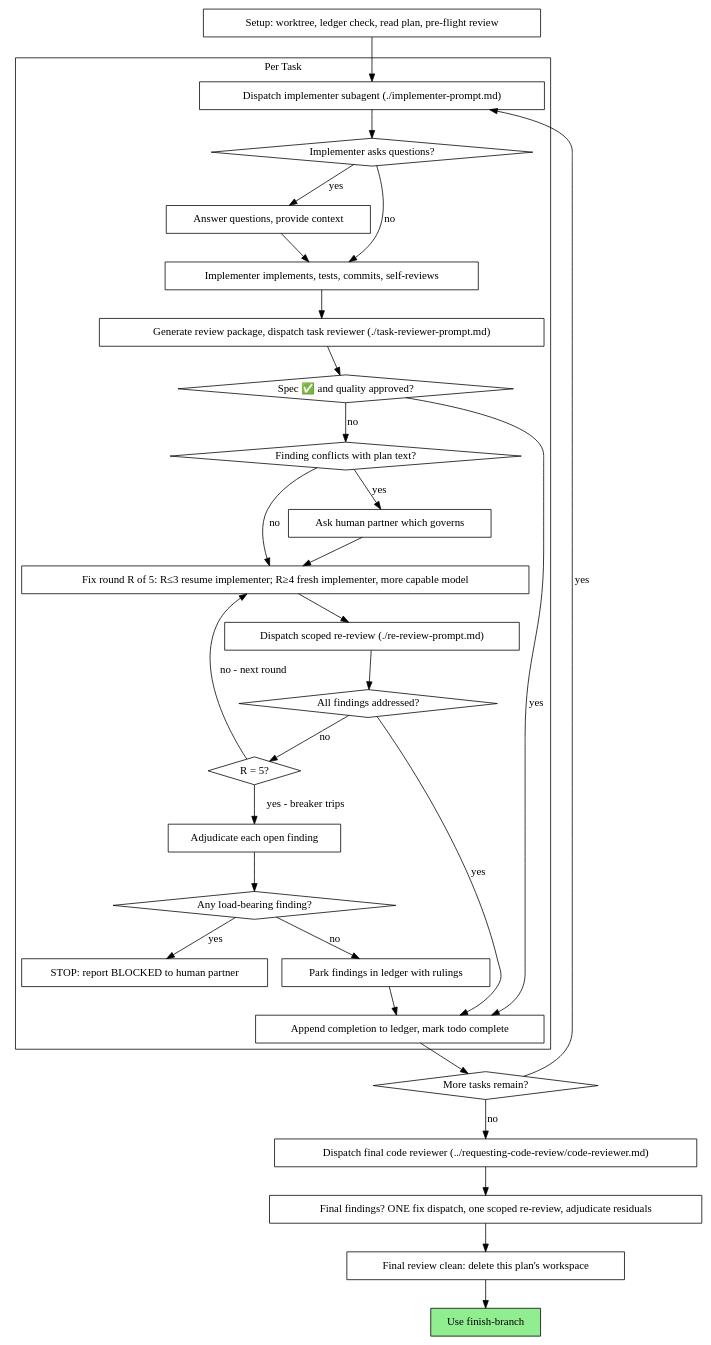
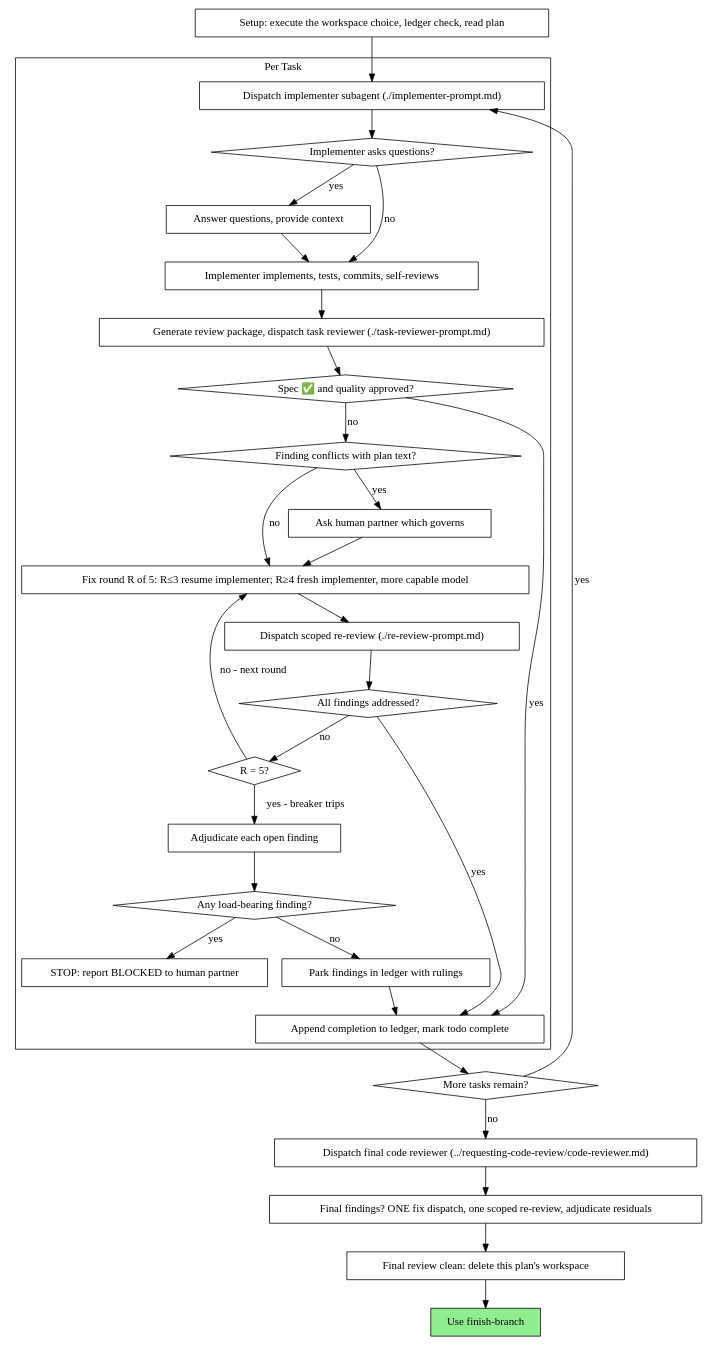
Before and after one commit to scheron/dotfiles: the diagram in claude/dev-skills/skills/to-implement/SKILL.md, drawn with Graphviz. The commit also changed other lines of this file and 9 other files, not shown here.

````diff
--- a/claude/dev-skills/skills/to-implement/SKILL.md
+++ b/claude/dev-skills/skills/to-implement/SKILL.md
@@ -30,62 +30,62 @@
 ```dot
 digraph process {
     rankdir=TB;
 
     subgraph cluster_per_task {
         label="Per Task";
         "Dispatch implementer subagent (./implementer-prompt.md)" [shape=box];
         "Implementer asks questions?" [shape=diamond];
         "Answer questions, provide context" [shape=box];
         "Implementer implements, tests, commits, self-reviews" [shape=box];
         "Generate review package, dispatch task reviewer (./task-reviewer-prompt.md)" [shape=box];
         "Spec ✅ and quality approved?" [shape=diamond];
         "Finding conflicts with plan text?" [shape=diamond];
         "Ask human partner which governs" [shape=box];
         "Fix round R of 5: R≤3 resume implementer; R≥4 fresh implementer, more capable model" [shape=box];
         "Dispatch scoped re-review (./re-review-prompt.md)" [shape=box];
         "All findings addressed?" [shape=diamond];
         "R = 5?" [shape=diamond];
         "Adjudicate each open finding" [shape=box];
         "Any load-bearing finding?" [shape=diamond];
         "STOP: report BLOCKED to human partner" [shape=box];
         "Park findings in ledger with rulings" [shape=box];
         "Append completion to ledger, mark todo complete" [shape=box];
     }
 
-    "Setup: worktree, ledger check, read plan, pre-flight review" [shape=box];
+    "Setup: execute the workspace choice, ledger check, read plan" [shape=box];
     "More tasks remain?" [shape=diamond];
     "Dispatch final code reviewer (../requesting-code-review/code-reviewer.md)" [shape=box];
     "Final findings? ONE fix dispatch, one scoped re-review, adjudicate residuals" [shape=box];
     "Final review clean: delete this plan's workspace" [shape=box];
     "Use finish-branch" [shape=box style=filled fillcolor=lightgreen];
 
-    "Setup: worktree, ledger check, read plan, pre-flight review" -> "Dispatch implementer subagent (./implementer-prompt.md)";
+    "Setup: execute the workspace choice, ledger check, read plan" -> "Dispatch implementer subagent (./implementer-prompt.md)";
     "Dispatch implementer subagent (./implementer-prompt.md)" -> "Implementer asks questions?";
     "Implementer asks questions?" -> "Answer questions, provide context" [label="yes"];
     "Answer questions, provide context" -> "Implementer implements, tests, commits, self-reviews";
     "Implementer asks questions?" -> "Implementer implements, tests, commits, self-reviews" [label="no"];
     "Implementer implements, tests, commits, self-reviews" -> "Generate review package, dispatch task reviewer (./task-reviewer-prompt.md)";
     "Generate review package, dispatch task reviewer (./task-reviewer-prompt.md)" -> "Spec ✅ and quality approved?";
     "Spec ✅ and quality approved?" -> "Append completion to ledger, mark todo complete" [label="yes"];
     "Spec ✅ and quality approved?" -> "Finding conflicts with plan text?" [label="no"];
     "Finding conflicts with plan text?" -> "Ask human partner which governs" [label="yes"];
     "Ask human partner which governs" -> "Fix round R of 5: R≤3 resume implementer; R≥4 fresh implementer, more capable model";
     "Finding conflicts with plan text?" -> "Fix round R of 5: R≤3 resume implementer; R≥4 fresh implementer, more capable model" [label="no"];
     "Fix round R of 5: R≤3 resume implementer; R≥4 fresh implementer, more capable model" -> "Dispatch scoped re-review (./re-review-prompt.md)";
     "Dispatch scoped re-review (./re-review-prompt.md)" -> "All findings addressed?";
     "All findings addressed?" -> "Append completion to ledger, mark todo complete" [label="yes"];
     "All findings addressed?" -> "R = 5?" [label="no"];
     "R = 5?" -> "Fix round R of 5: R≤3 resume implementer; R≥4 fresh implementer, more capable model" [label="no - next round"];
     "R = 5?" -> "Adjudicate each open finding" [label="yes - breaker trips"];
     "Adjudicate each open finding" -> "Any load-bearing finding?";
     "Any load-bearing finding?" -> "STOP: report BLOCKED to human partner" [label="yes"];
     "Any load-bearing finding?" -> "Park findings in ledger with rulings" [label="no"];
     "Park findings in ledger with rulings" -> "Append completion to ledger, mark todo complete";
     "Append completion to ledger, mark todo complete" -> "More tasks remain?";
     "More tasks remain?" -> "Dispatch implementer subagent (./implementer-prompt.md)" [label="yes"];
     "More tasks remain?" -> "Dispatch final code reviewer (../requesting-code-review/code-reviewer.md)" [label="no"];
     "Dispatch final code reviewer (../requesting-code-review/code-reviewer.md)" -> "Final findings? ONE fix dispatch, one scoped re-review, adjudicate residuals";
     "Final findings? ONE fix dispatch, one scoped re-review, adjudicate residuals" -> "Final review clean: delete this plan's workspace";
     "Final review clean: delete this plan's workspace" -> "Use finish-branch";
 }
 ```
````
